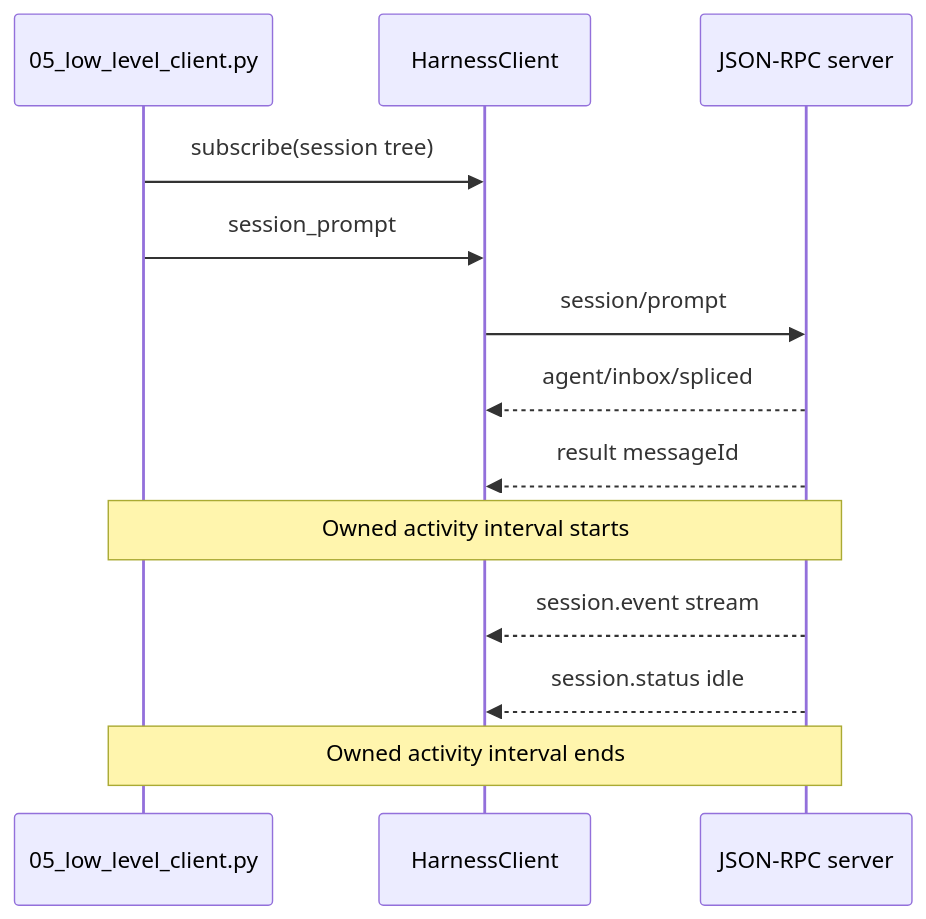
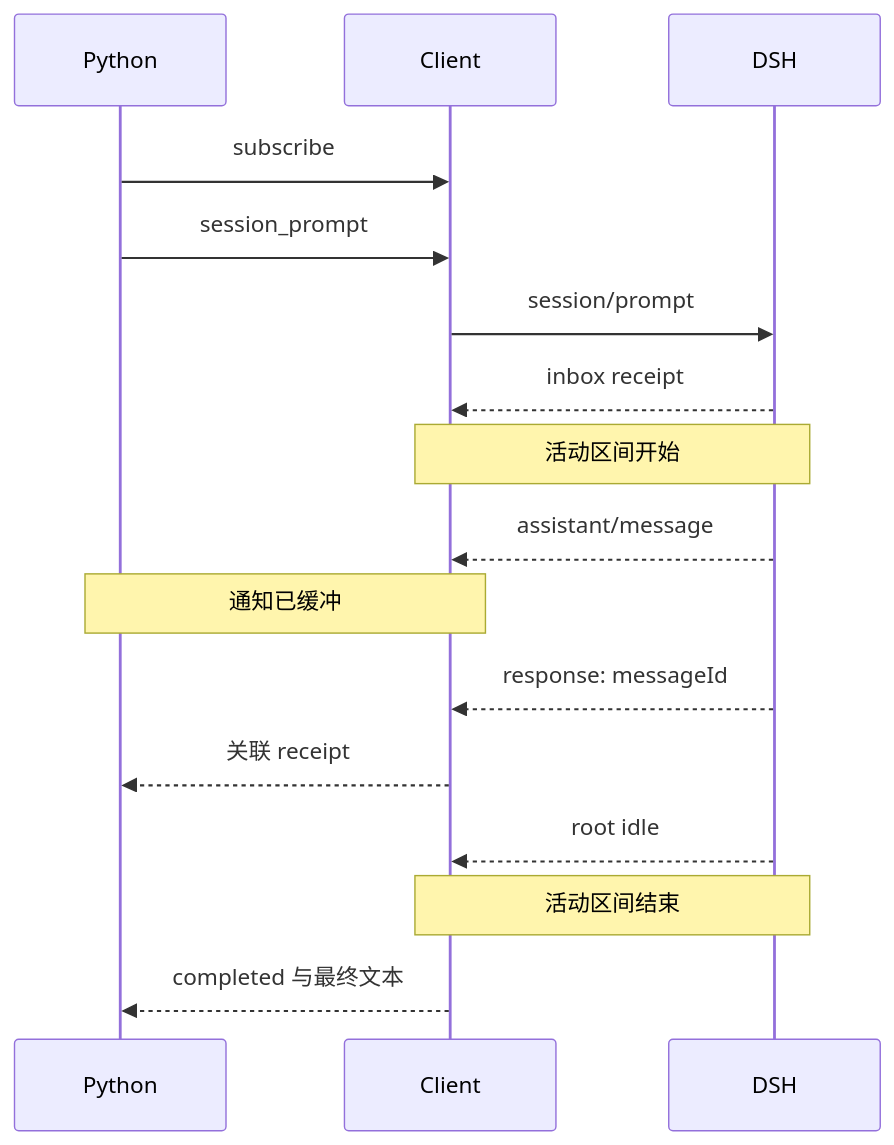
The diagram in tutorials/python-sdk/tutorials/05-low-level-client.zh.md (eriklee1895/hands-on-dsh), drawn with Mermaid before and after one commit. The commit also changed other lines of this file and 86 other files, not shown here.

Commit message:
docs: improve course narrative, technical guidance, and diagrams

````diff
--- a/tutorials/python-sdk/tutorials/05-low-level-client.zh.md
+++ b/tutorials/python-sdk/tutorials/05-low-level-client.zh.md
@@ -28,15 +32,18 @@
 ```mermaid
 sequenceDiagram
-    participant App as 05_low_level_client.py
-    participant Client as HarnessClient
-    participant Runtime as JSON-RPC server
-    App->>Client: subscribe(session tree)
-    App->>Client: session_prompt
-    Client->>Runtime: session/prompt
-    Runtime-->>Client: agent/inbox/spliced
-    Runtime-->>Client: result messageId
-    Note over App,Runtime: Owned activity interval starts
-    Runtime-->>Client: session.event stream
-    Runtime-->>Client: session.status idle
-    Note over App,Runtime: Owned activity interval ends
+    participant A as Python
+    participant C as Client
+    participant R as DSH
+    A->>C: subscribe
+    A->>C: session_prompt
+    C->>R: session/prompt
+    R-->>C: inbox receipt
+    Note over C,R: 活动区间开始
+    R-->>C: assistant/message
+    Note over A,C: 通知已缓冲
+    R-->>C: response: messageId
+    C-->>A: 关联 receipt
+    R-->>C: root idle
+    Note over C,R: 活动区间结束
+    C-->>A: completed 与最终文本
 ```
````
